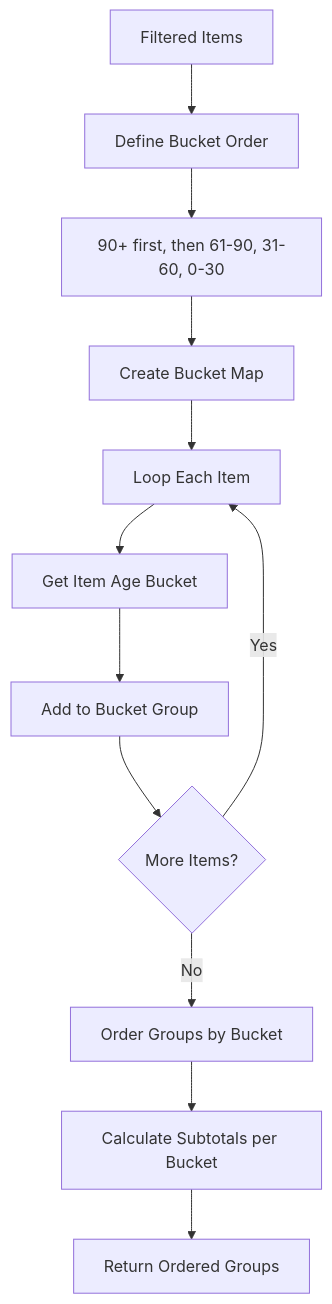
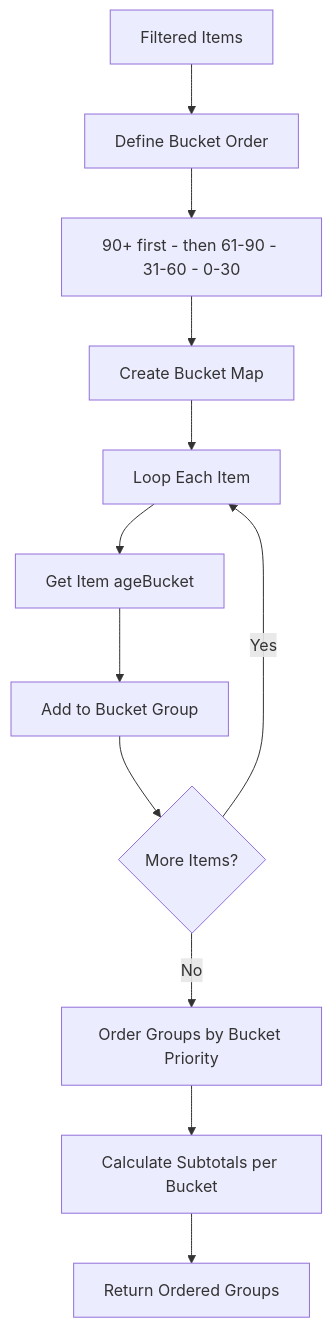
The tenth of 23 diagrams in docs/app/inventory-management/stock-overview/inventory-aging/FD-inventory-aging.md (PeakMNA/carmen), drawn with Mermaid before and after one commit. The commit also changed other lines of this file and 473 other files, not shown here.

````diff
--- a/docs/app/inventory-management/stock-overview/inventory-aging/FD-inventory-aging.md
+++ b/docs/app/inventory-management/stock-overview/inventory-aging/FD-inventory-aging.md
@@ -172,14 +220,14 @@
 ```mermaid
-flowchart TD
+graph TD
     A[Filtered Items] --> B[Define Bucket Order]
-    B --> C[90+ first, then 61-90, 31-60, 0-30]
+    B --> C[90+ first - then 61-90 - 31-60 - 0-30]
     C --> D[Create Bucket Map]
     D --> E[Loop Each Item]
-    E --> F[Get Item Age Bucket]
+    E --> F[Get Item ageBucket]
     F --> G[Add to Bucket Group]
     G --> H{More Items?}
     H -->|Yes| E
-    H -->|No| I[Order Groups by Bucket]
+    H -->|No| I[Order Groups by Bucket Priority]
     I --> J[Calculate Subtotals per Bucket]
     J --> K[Return Ordered Groups]
 ```
````
